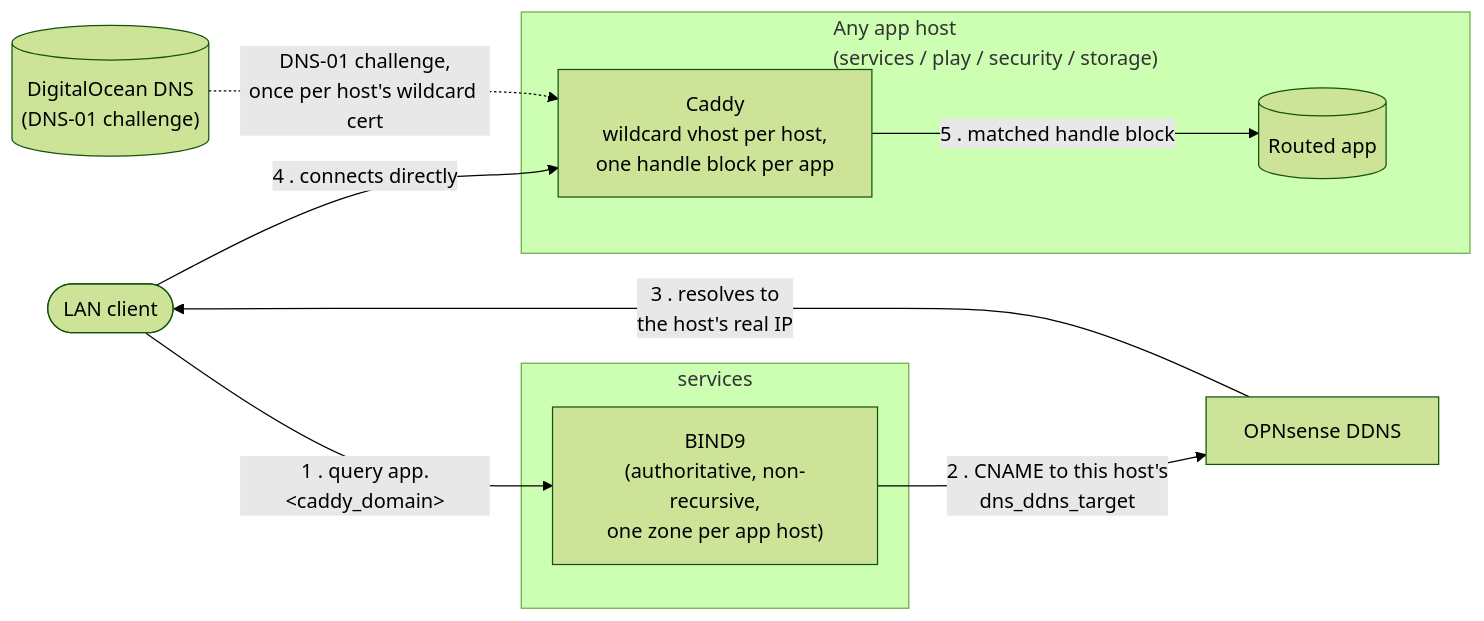
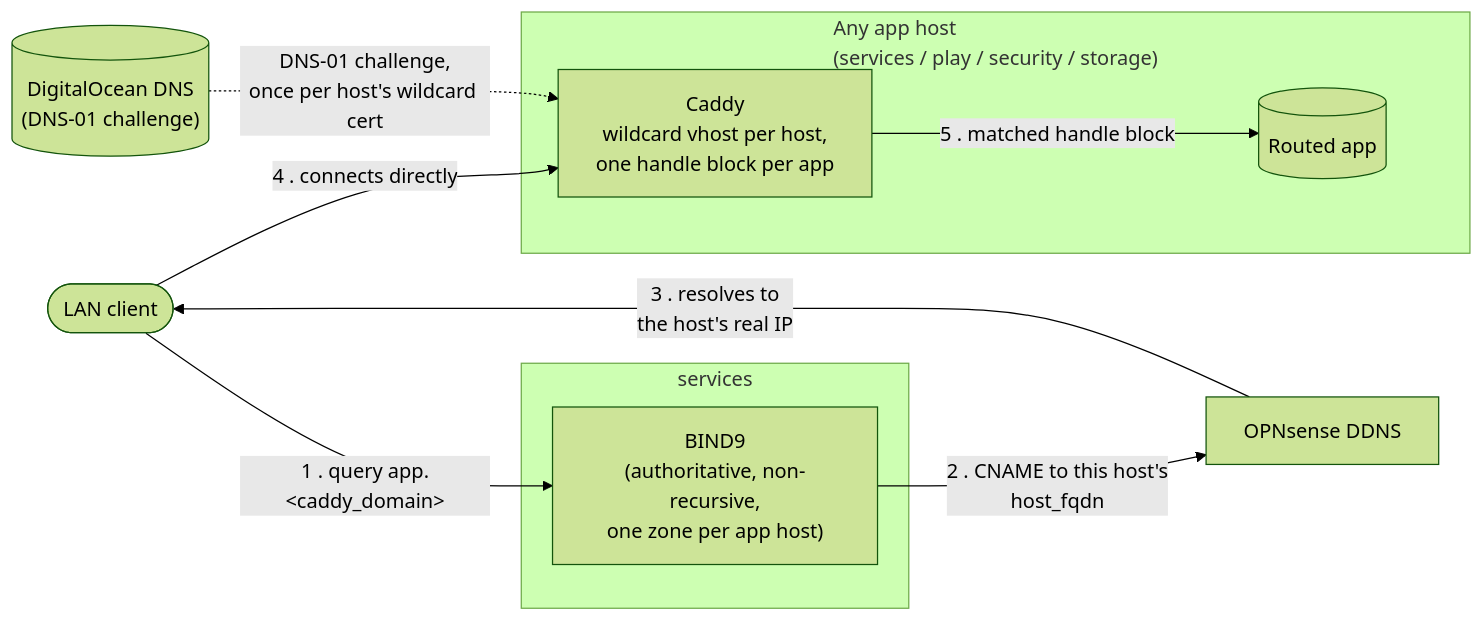
One commit to wenenhoe/homelab changed the diagram in docs/architecture/reverse-proxy-and-dns.md. Above: the diagram before and after it, drawn with Mermaid (forest theme). The commit also changed 56 other files, not shown here.

First line of the commit message:
refactor: rename the domain and DNS target variables

````diff
--- a/docs/architecture/reverse-proxy-and-dns.md
+++ b/docs/architecture/reverse-proxy-and-dns.md
@@ -8,23 +8,23 @@
 ```mermaid
 flowchart LR
     client(["LAN client"])
 
     subgraph services["services"]
         bind9["BIND9<br/>(authoritative, non-recursive,<br/>one zone per app host)"]
     end
 
     subgraph anyhost["Any app host<br/>(services / play / security / storage)"]
         caddy["Caddy<br/>wildcard vhost per host,<br/>one handle block per app"]
         app[("Routed app")]
     end
 
     ddns["OPNsense DDNS"]
     do[("DigitalOcean DNS<br/>(DNS-01 challenge)")]
 
     client -- "1 . query app.&lt;caddy_domain&gt;" --> bind9
-    bind9 -- "2 . CNAME to this host's<br/>dns_ddns_target" --> ddns
+    bind9 -- "2 . CNAME to this host's<br/>host_fqdn" --> ddns
     ddns -- "3 . resolves to<br/>the host's real IP" --> client
     client -- "4 . connects directly" --> caddy
     caddy -- "5 . matched handle block" --> app
     do -. "DNS-01 challenge,<br/>once per host's wildcard cert" .-> caddy
 ```
````
